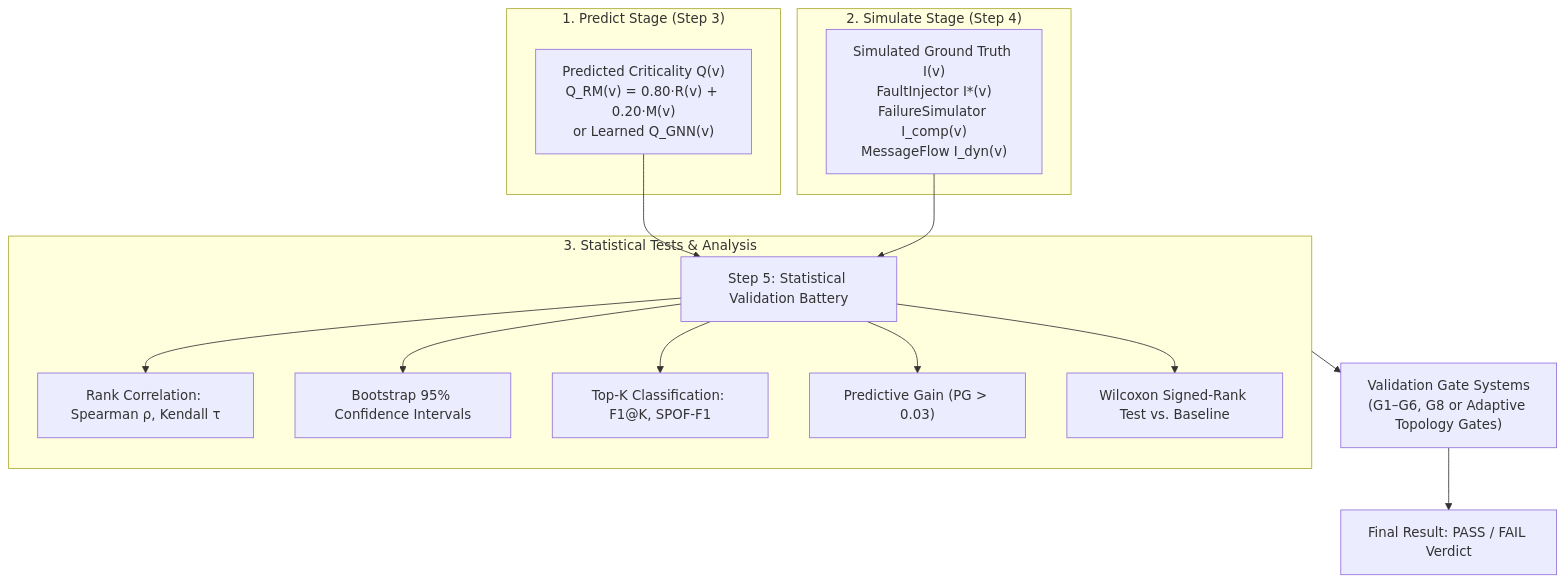
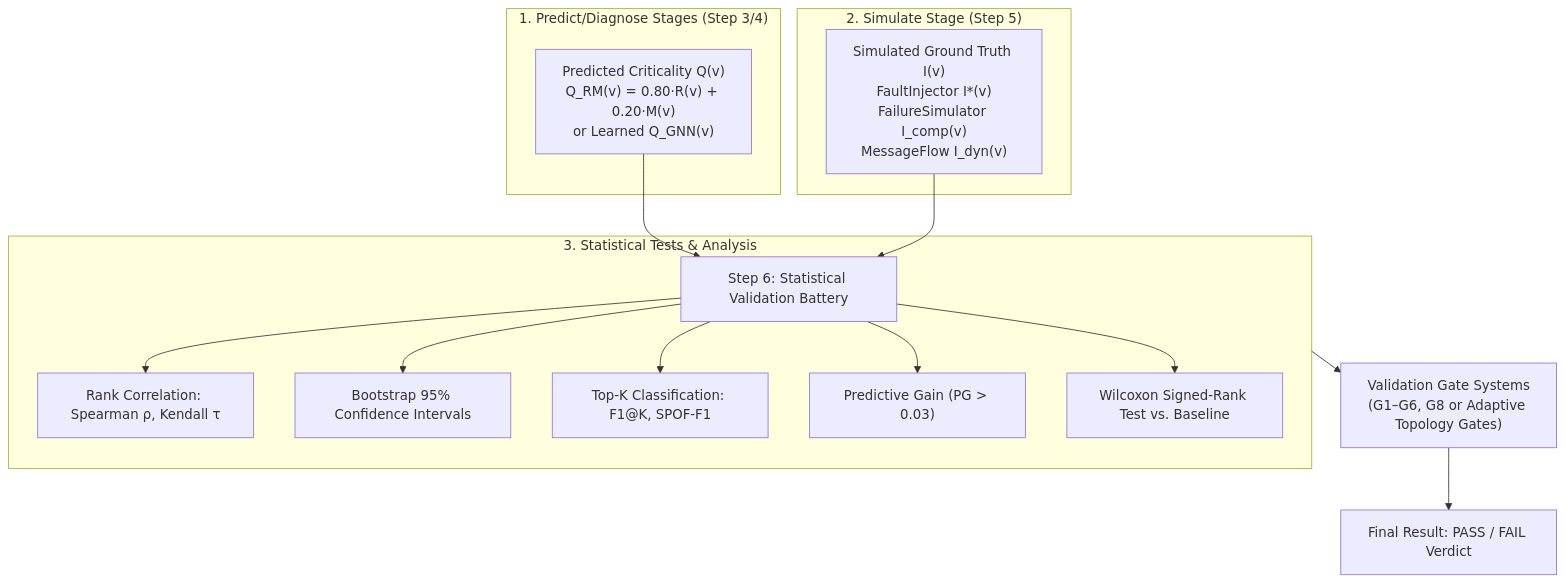
One commit to onuralpyigit/software-as-a-graph changed the first of 4 diagrams in docs/validation.md. Above: the diagram before and after it, drawn with Mermaid. The commit also changed other lines of this file and 33 other files, not shown here.

First line of the commit message:
feat: Introduce Diagnose stage (Step 4) for root-cause attribution

````diff
--- a/docs/validation.md
+++ b/docs/validation.md
@@ -44,24 +44,24 @@
 ```mermaid
 flowchart TD
-    subgraph Prediction["1. Predict Stage (Step 3)"]
+    subgraph Prediction["1. Predict/Diagnose Stages (Step 3/4)"]
         Q["Predicted Criticality Q(v)<br>Q_RM(v) = 0.80·R(v) + 0.20·M(v)<br>or Learned Q_GNN(v)"]
     end
 
-    subgraph Simulation["2. Simulate Stage (Step 4)"]
+    subgraph Simulation["2. Simulate Stage (Step 5)"]
         I["Simulated Ground Truth I(v)<br>FaultInjector I*(v)<br>FailureSimulator I_comp(v)<br>MessageFlow I_dyn(v)"]
     end
 
-    Q --> STAT["Step 5: Statistical Validation Battery"]
+    Q --> STAT["Step 6: Statistical Validation Battery"]
     I --> STAT
 
     subgraph Battery["3. Statistical Tests & Analysis"]
         STAT --> CORR["Rank Correlation: Spearman ρ, Kendall τ"]
         STAT --> CI["Bootstrap 95% Confidence Intervals"]
         STAT --> CLAS["Top-K Classification: F1@K, SPOF-F1"]
         STAT --> PG["Predictive Gain (PG > 0.03)"]
         STAT --> WX["Wilcoxon Signed-Rank Test vs. Baseline"]
     end
 
     Battery --> GATES["Validation Gate Systems<br>(G1–G6, G8 or Adaptive Topology Gates)"]
     GATES --> VERDICT["Final Result: PASS / FAIL Verdict"]
 ```
````
